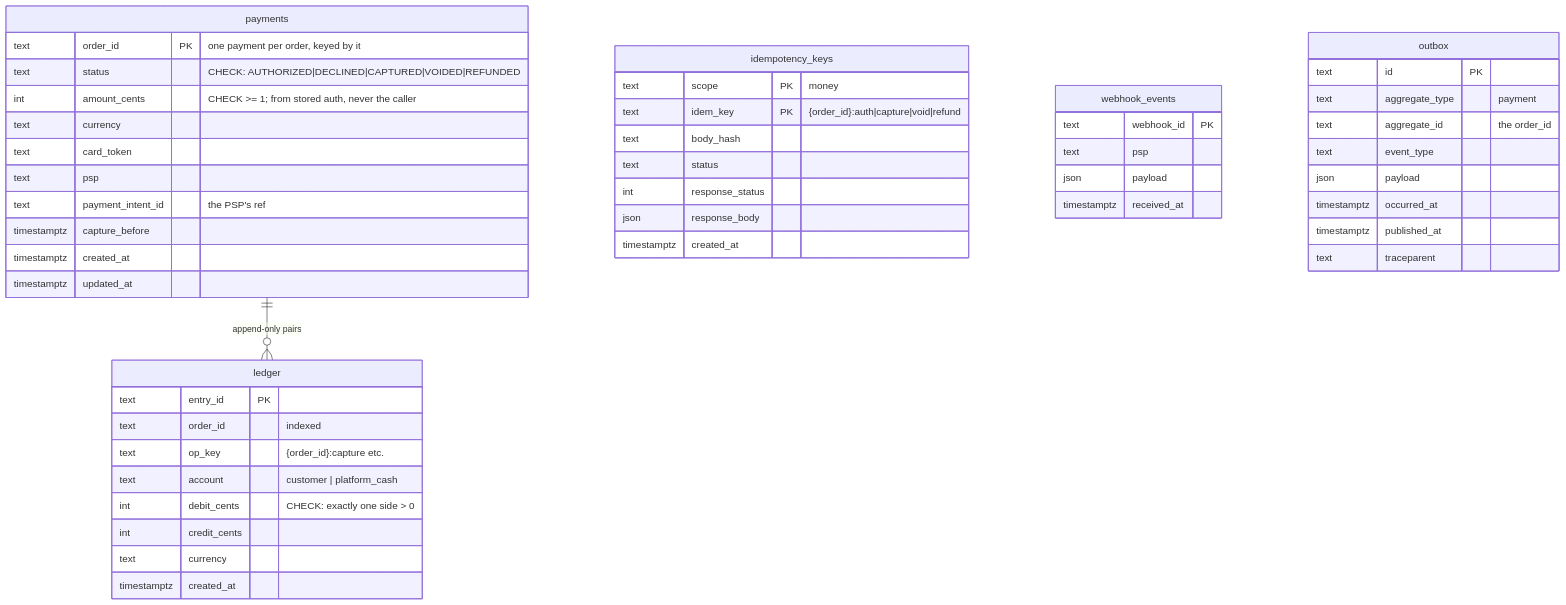
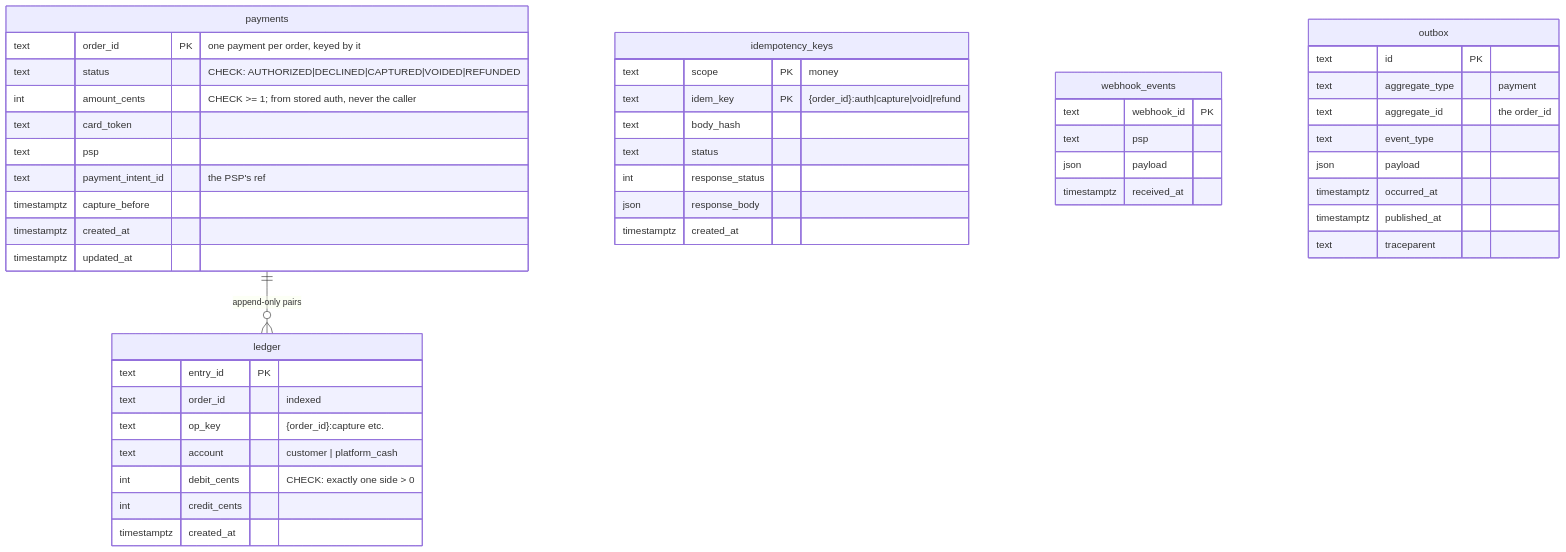
One commit to Aizazahmed-7/SmartFoodOps changed the fifth of 7 diagrams in docs/erd.md. Above: the diagram before and after it, drawn with Mermaid. The commit also changed other lines of this file, not shown here.

Commit message:
remove currency

````diff
--- a/docs/erd.md
+++ b/docs/erd.md
@@ -330,51 +329,49 @@
 ```mermaid
 erDiagram
     payments {
         text order_id PK "one payment per order, keyed by it"
         text status "CHECK: AUTHORIZED|DECLINED|CAPTURED|VOIDED|REFUNDED"
         int amount_cents "CHECK >= 1; from stored auth, never the caller"
-        text currency
         text card_token
         text psp
         text payment_intent_id "the PSP's ref"
         timestamptz capture_before
         timestamptz created_at
         timestamptz updated_at
     }
     ledger {
         text entry_id PK
         text order_id "indexed"
         text op_key "{order_id}:capture etc."
         text account "customer | platform_cash"
         int debit_cents "CHECK: exactly one side > 0"
         int credit_cents
-        text currency
         timestamptz created_at
     }
     idempotency_keys {
         text scope PK "money"
         text idem_key PK "{order_id}:auth|capture|void|refund"
         text body_hash
         text status
         int response_status
         json response_body
         timestamptz created_at
     }
     webhook_events {
         text webhook_id PK
         text psp
         json payload
         timestamptz received_at
     }
     outbox {
         text id PK
         text aggregate_type "payment"
         text aggregate_id "the order_id"
         text event_type
         json payload
         timestamptz occurred_at
         timestamptz published_at
         text traceparent
     }
     payments ||--o{ ledger : "append-only pairs"
 ```
````
